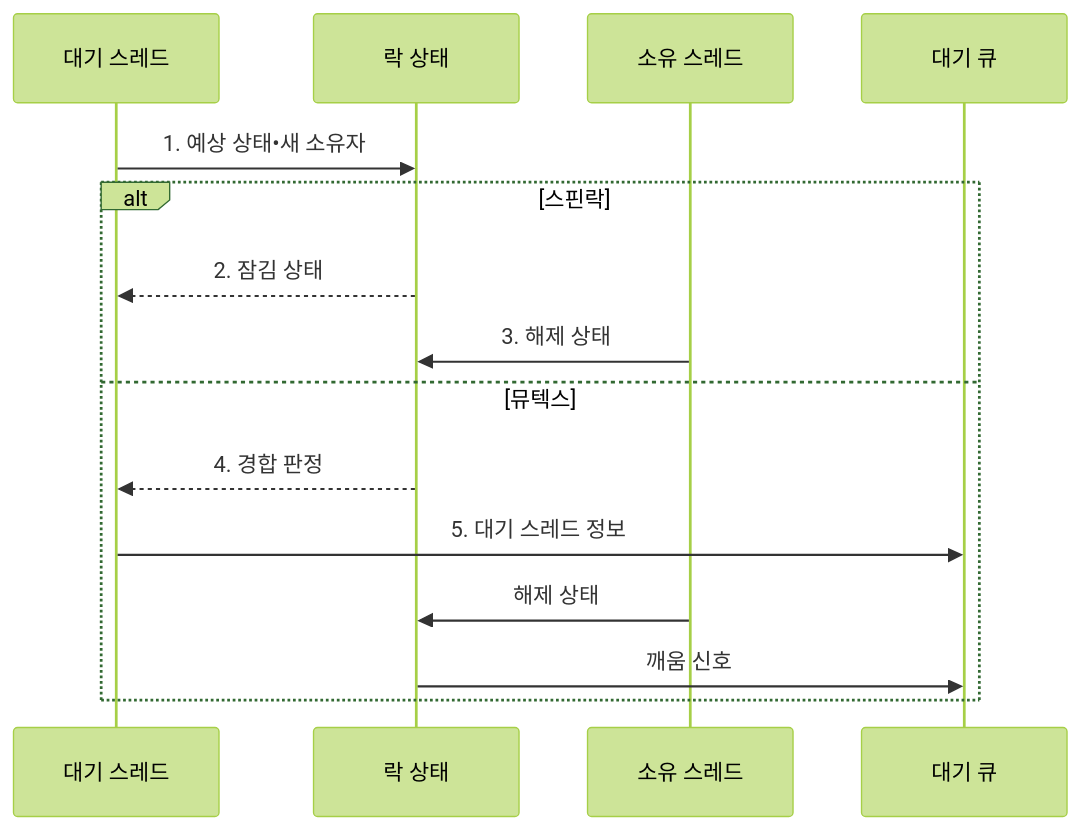
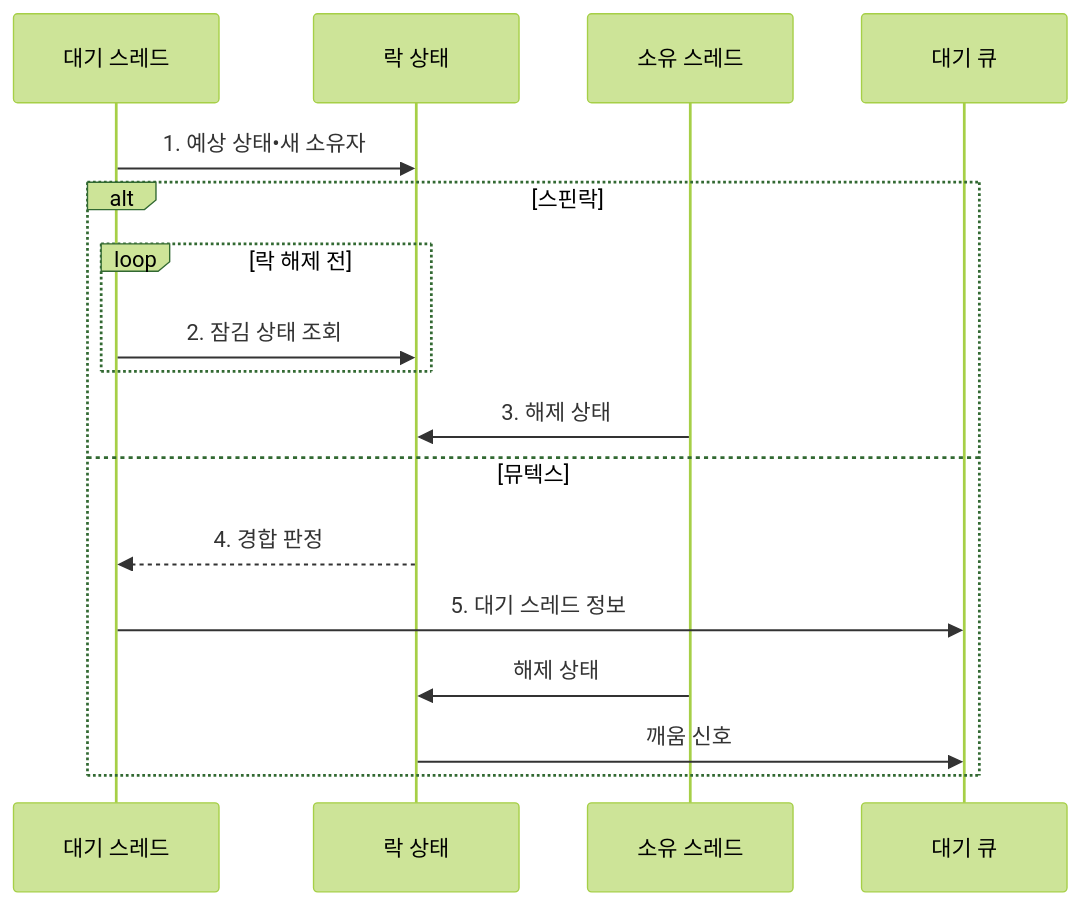
The second of 2 diagrams in src/content/docs/notes/03-software/013_spinlock_vs_mutex.md (agnusdei1207/knowledge-base), drawn with Mermaid (forest theme) before and after one commit. The commit also changed other lines of this file and 12 other files, not shown here.

````diff
--- a/src/content/docs/notes/03-software/013_spinlock_vs_mutex.md
+++ b/src/content/docs/notes/03-software/013_spinlock_vs_mutex.md
@@ -100,17 +100,19 @@
 ```mermaid
 sequenceDiagram
     participant W as 대기 스레드
     participant L as 락 상태
     participant O as 소유 스레드
     participant Q as 대기 큐
     W->>L: 1. 예상 상태•새 소유자
     alt 스핀락
-        L-->>W: 2. 잠김 상태
+        loop 락 해제 전
+            W->>L: 2. 잠김 상태 조회
+        end
         O->>L: 3. 해제 상태
     else 뮤텍스
         L-->>W: 4. 경합 판정
         W->>Q: 5. 대기 스레드 정보
         O->>L: 해제 상태
         L->>Q: 깨움 신호
     end
 ```
````
